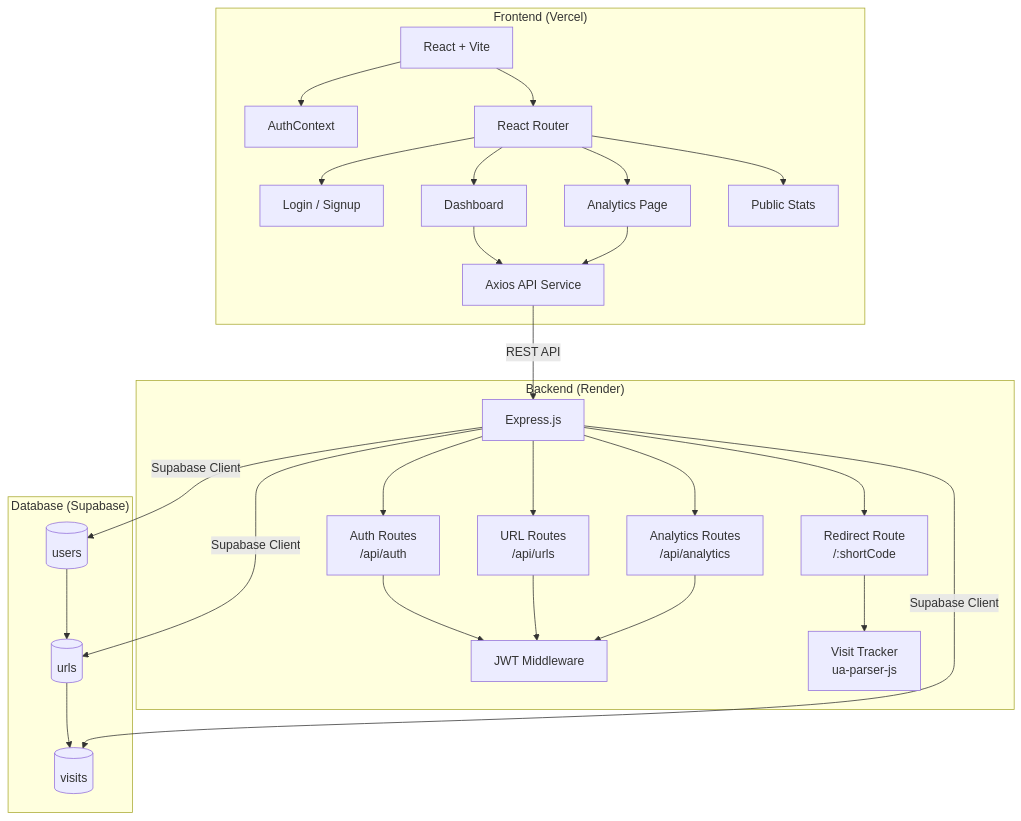
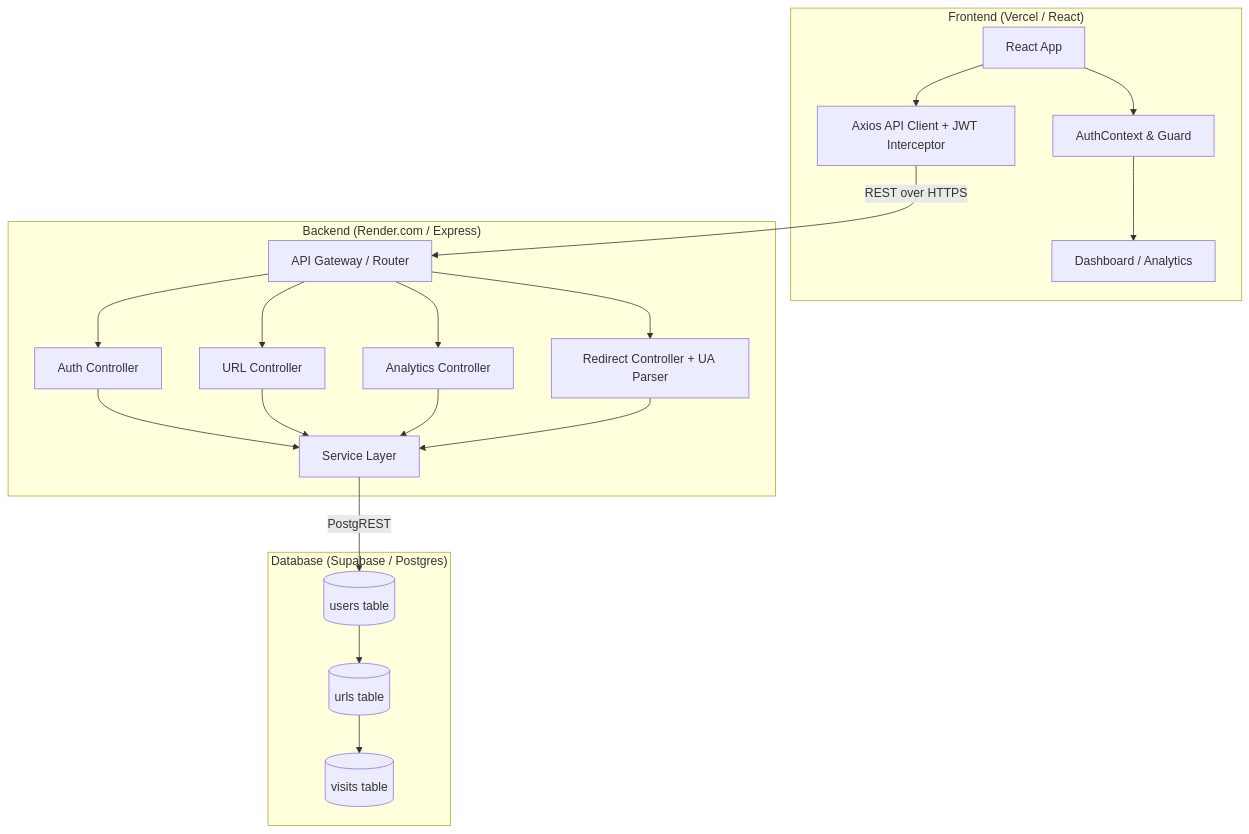
Before and after one commit to rethanyaG18/url-shortener-analytics: the diagram in README.md, drawn with Mermaid. The commit also changed other lines of this file, not shown here.

````diff
--- a/README.md
+++ b/README.md
@@ -63,37 +49,27 @@
 ```mermaid
 graph TB
-    subgraph "Frontend (Vercel)"
-        A[React + Vite] --> B[AuthContext]
-        A --> C[React Router]
-        C --> D[Login / Signup]
-        C --> E[Dashboard]
-        C --> F[Analytics Page]
-        C --> G[Public Stats]
-        E --> H[Axios API Service]
-        F --> H
+    subgraph "Frontend (Vercel / React)"
+        A[React App] --> B[AuthContext & Guard]
+        A --> C[Axios API Client + JWT Interceptor]
+        B --> D[Dashboard / Analytics]
     end
 
-    subgraph "Backend (Render)"
-        I[Express.js] --> J[Auth Routes\n/api/auth]
-        I --> K[URL Routes\n/api/urls]
-        I --> L[Analytics Routes\n/api/analytics]
-        I --> M[Redirect Route\n/:shortCode]
-        J --> N[JWT Middleware]
-        K --> N
-        L --> N
-        M --> O[Visit Tracker\nua-parser-js]
+    subgraph "Backend (Render.com / Express)"
+        E[API Gateway / Router] --> F[Auth Controller]
+        E --> G[URL Controller]
+        E --> H[Analytics Controller]
+        E --> I[Redirect Controller + UA Parser]
+        F & G & H & I --> J[Service Layer]
     end
 
-    subgraph "Database (Supabase)"
-        P[(users)]
-        Q[(urls)]
-        R[(visits)]
-        Q --> R
-        P --> Q
+    subgraph "Database (Supabase / Postgres)"
+        K[(users table)]
+        L[(urls table)]
+        M[(visits table)]
+        L --> M
+        K --> L
     end
 
-    H -->|REST API| I
-    I -->|Supabase Client| P
-    I -->|Supabase Client| Q
-    I -->|Supabase Client| R
+    C -- "REST over HTTPS" --> E
+    J -- "PostgREST" --> K
 ```
````
